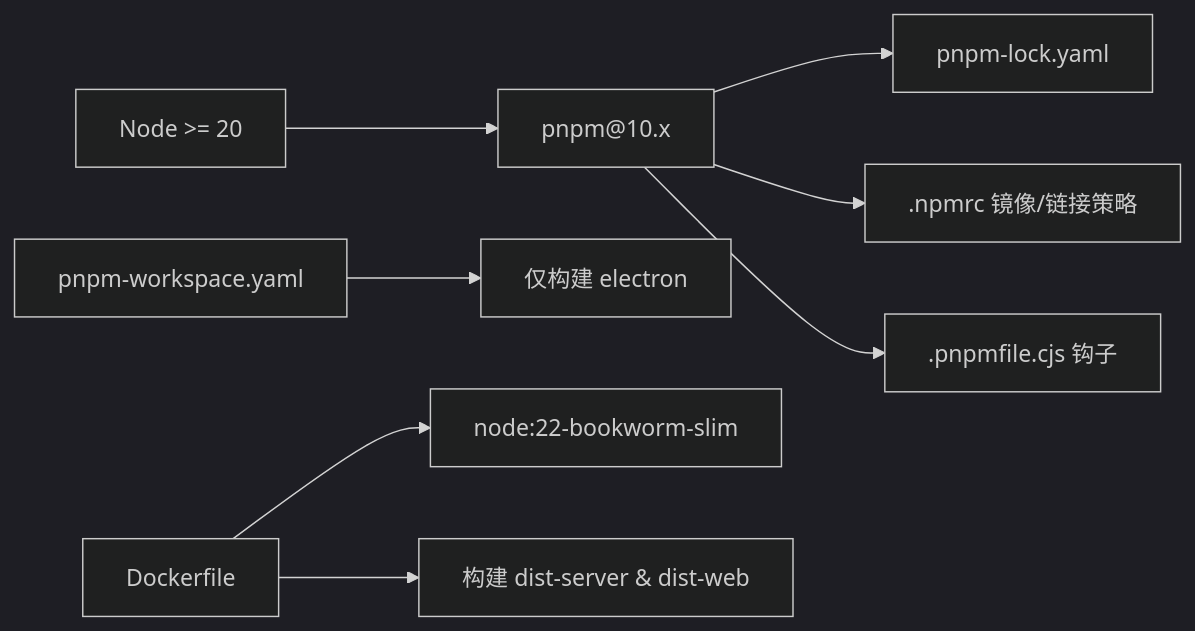
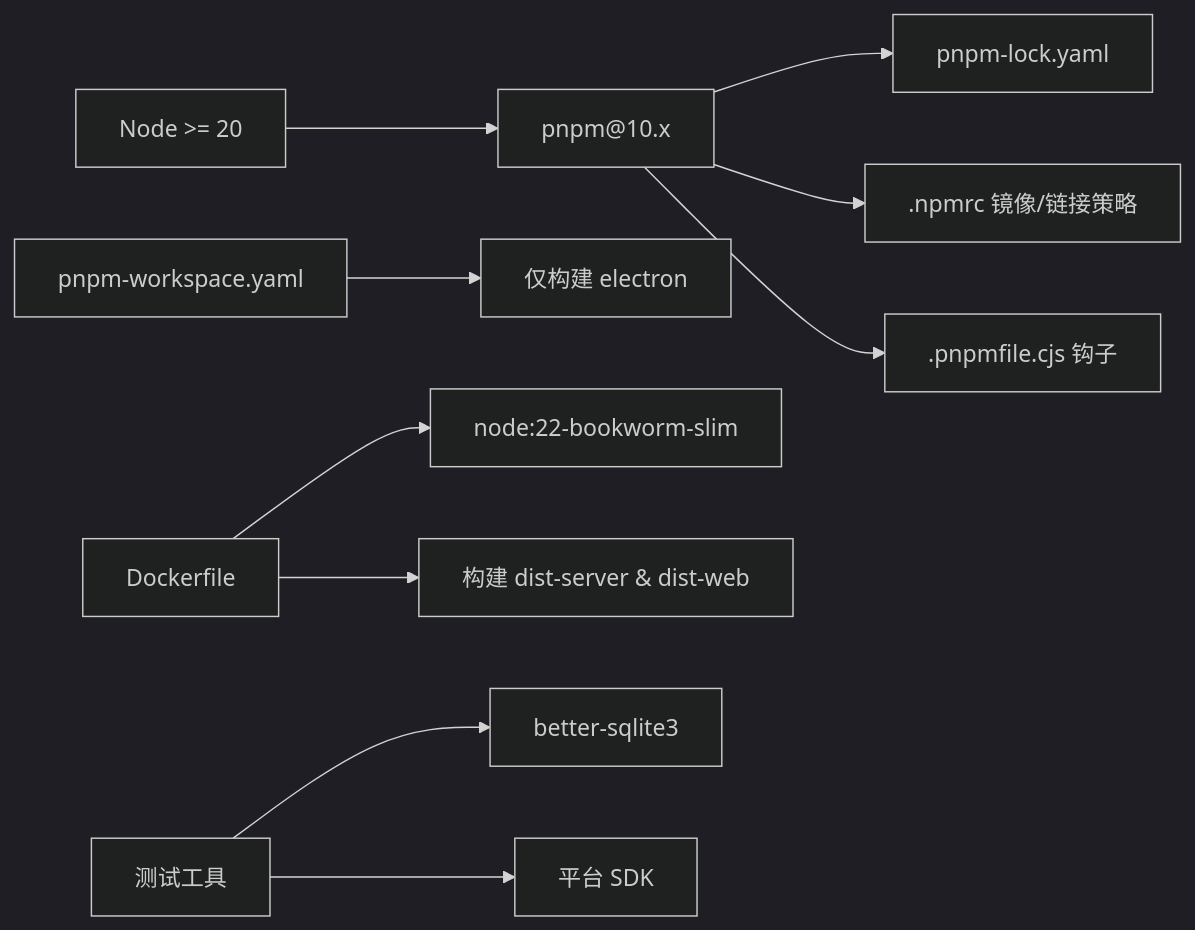
One commit to HEROhuqinchao/deepbot changed the ninth of 9 diagrams in .qoder/repowiki/zh/content/开发和部署/开发环境搭建.md. Above: the diagram before and after it, drawn with Mermaid (dark theme). The commit also changed other lines of this file and 8 other files, not shown here.

````diff
--- a/.qoder/repowiki/zh/content/开发和部署/开发环境搭建.md
+++ b/.qoder/repowiki/zh/content/开发和部署/开发环境搭建.md
@@ -304,10 +423,12 @@
 ```mermaid
 graph LR
 Node["Node >= 20"] --> PNPM["pnpm@10.x"]
 PNPM --> Lock["pnpm-lock.yaml"]
 PNPM --> NPMRC[".npmrc 镜像/链接策略"]
 PNPM --> Hooks[".pnpmfile.cjs 钩子"]
 Workspace["pnpm-workspace.yaml"] --> ElectronOnly["仅构建 electron"]
 Docker["Dockerfile"] --> Node22["node:22-bookworm-slim"]
 Docker --> WebBuild["构建 dist-server & dist-web"]
+TestTools["测试工具"] --> BetterSqlite["better-sqlite3"]
+TestTools --> PlatformSDKs["平台 SDK"]
 ```
````
